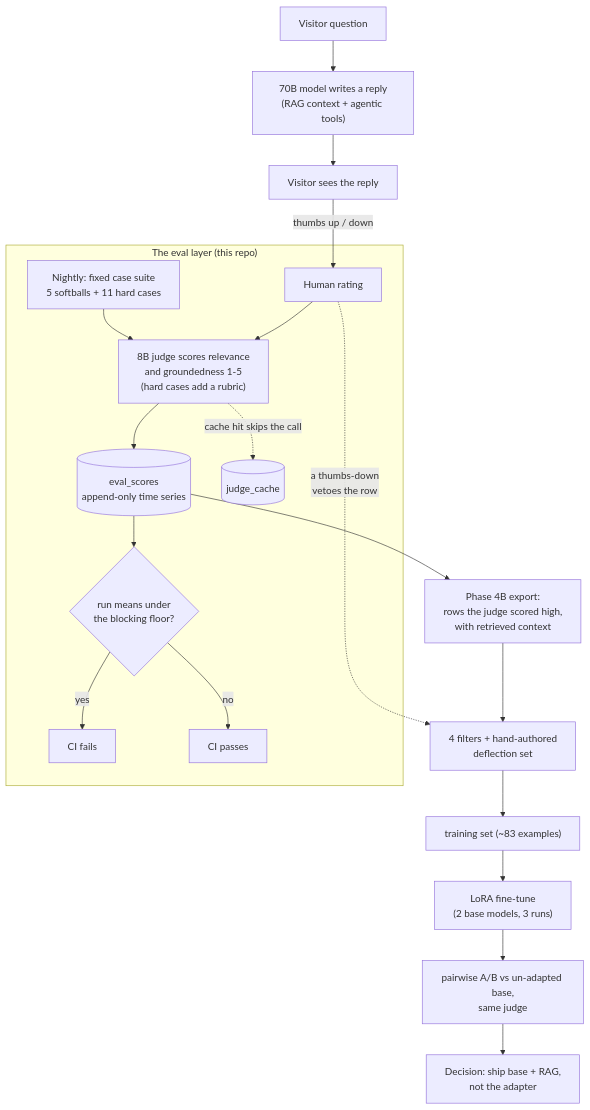
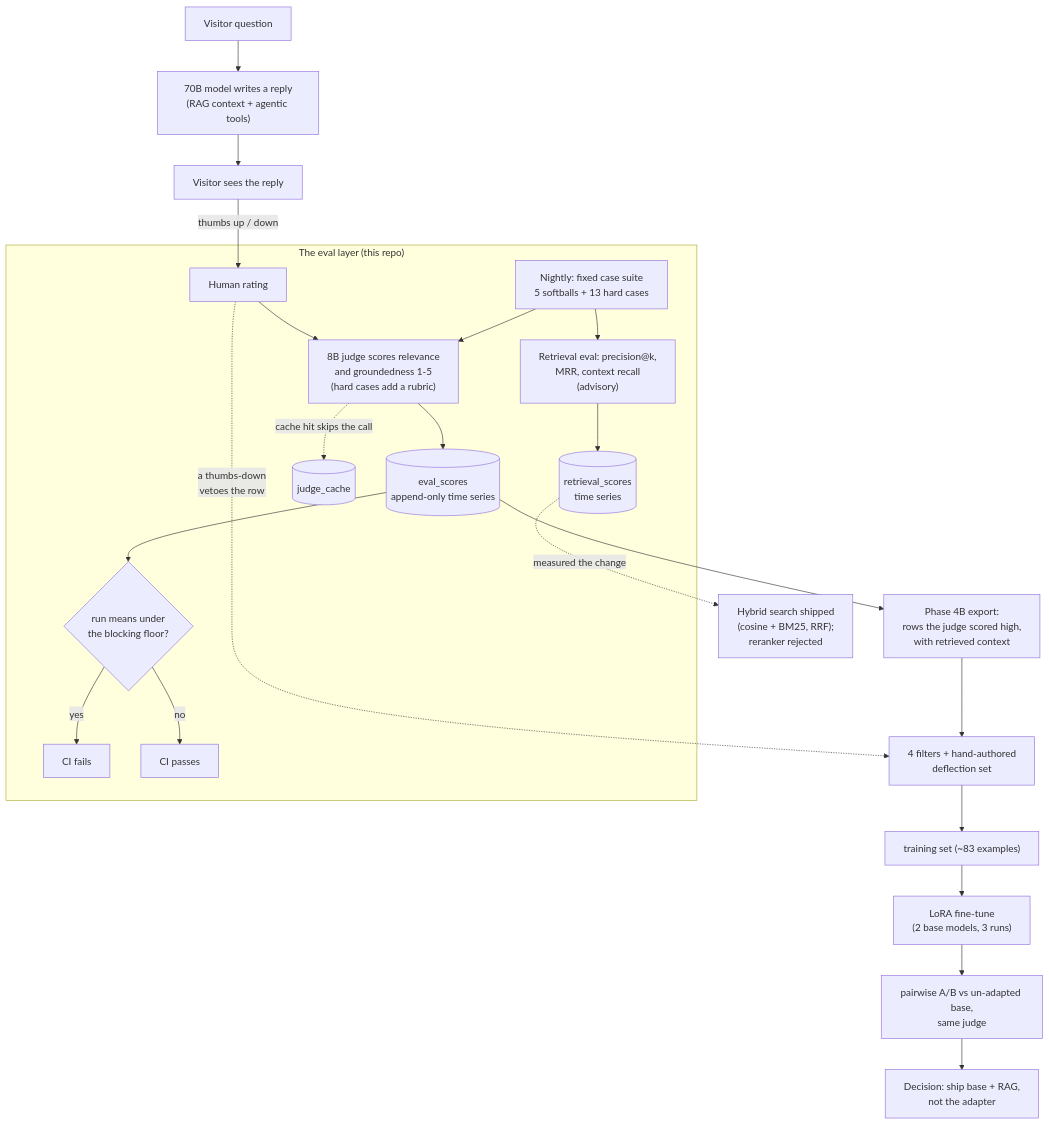
The diagram in README.md (ramirez-ai-labs/ai-vic-eval), drawn with Mermaid before and after one commit. The commit also changed other lines of this file and 8 other files, not shown here.

First line of the commit message:
docs: add the retrieval eval and the hybrid-vs-reranker experiment; refresh counts

````diff
--- a/README.md
+++ b/README.md
@@ -48,24 +51,28 @@
 ```mermaid
 flowchart TD
     V["Visitor question"] --> R["70B model writes a reply<br/>(RAG context + agentic tools)"]
     R --> U["Visitor sees the reply"]
     U -->|"thumbs up / down"| F["Human rating"]
 
     subgraph EVAL["The eval layer (this repo)"]
-      N["Nightly: fixed case suite<br/>5 softballs + 11 hard cases"] --> J
+      N["Nightly: fixed case suite<br/>5 softballs + 13 hard cases"] --> J
       F --> J["8B judge scores relevance<br/>and groundedness 1-5<br/>(hard cases add a rubric)"]
       J --> S[("eval_scores<br/>append-only time series")]
       J -.->|"cache hit skips the call"| C[("judge_cache")]
       S --> G{"run means under<br/>the blocking floor?"}
       G -->|"yes"| FAIL["CI fails"]
       G -->|"no"| PASS["CI passes"]
+      N --> RE["Retrieval eval: precision@k,<br/>MRR, context recall<br/>(advisory)"]
+      RE --> RS[("retrieval_scores<br/>time series")]
     end
+
+    RS -.->|"measured the change"| HY["Hybrid search shipped<br/>(cosine + BM25, RRF);<br/>reranker rejected"]
 
     S --> X["Phase 4B export:<br/>rows the judge scored high,<br/>with retrieved context"]
     X --> FT["4 filters + hand-authored<br/>deflection set"]
     F -.->|"a thumbs-down<br/>vetoes the row"| FT
     FT --> TR["training set (~83 examples)"]
     TR --> LORA["LoRA fine-tune<br/>(2 base models, 3 runs)"]
     LORA --> AB["pairwise A/B vs un-adapted base,<br/>same judge"]
     AB --> D["Decision: ship base + RAG,<br/>not the adapter"]
 ```
````
